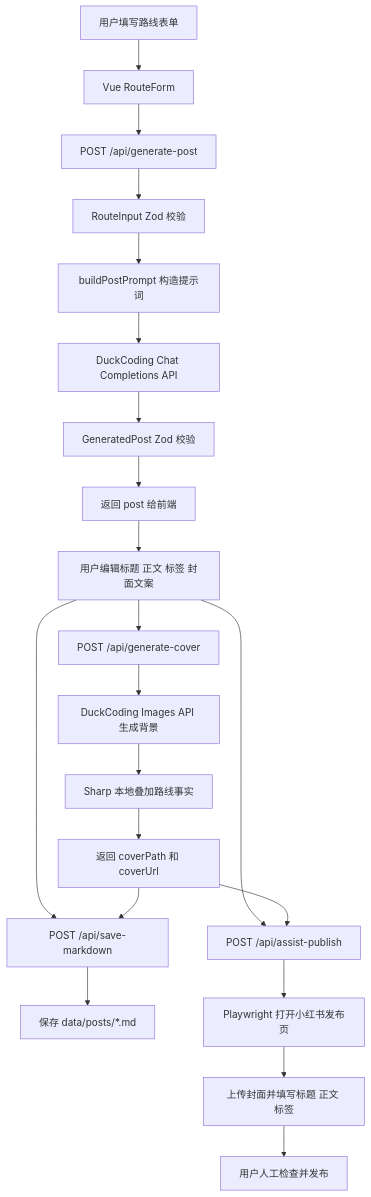
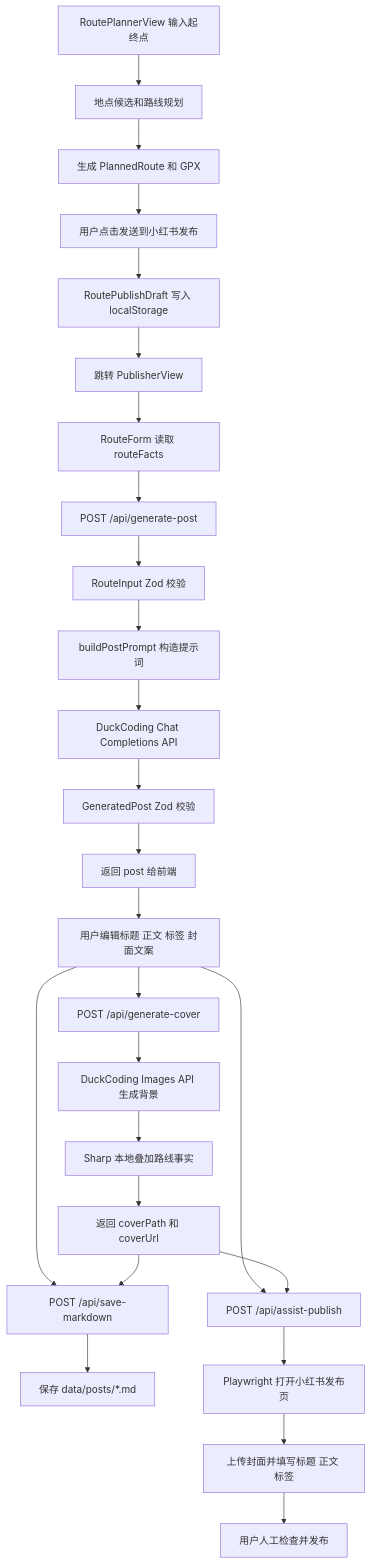
Before and after one commit to BeenBeenBeen/cycling-route: the first of 3 diagrams in docs/architecture-redesign-v2.0.md, drawn with Mermaid. The commit also changed other lines of this file and 2 other files, not shown here.

````diff
--- a/docs/architecture-redesign-v2.0.md
+++ b/docs/architecture-redesign-v2.0.md
@@ -146,23 +166,28 @@
 ```mermaid
 flowchart TD
-  A[用户填写路线表单] --> B[Vue RouteForm]
-  B --> C[POST /api/generate-post]
-  C --> D[RouteInput Zod 校验]
-  D --> E[buildPostPrompt 构造提示词]
-  E --> F[DuckCoding Chat Completions API]
-  F --> G[GeneratedPost Zod 校验]
-  G --> H[返回 post 给前端]
-  H --> I[用户编辑标题 正文 标签 封面文案]
-  I --> J[POST /api/generate-cover]
-  J --> K[DuckCoding Images API 生成背景]
-  K --> L[Sharp 本地叠加路线事实]
-  L --> M[返回 coverPath 和 coverUrl]
-  I --> N[POST /api/save-markdown]
-  M --> N
-  N --> O[保存 data/posts/*.md]
-  I --> P[POST /api/assist-publish]
-  M --> P
-  P --> Q[Playwright 打开小红书发布页]
-  Q --> R[上传封面并填写标题 正文 标签]
-  R --> S[用户人工检查并发布]
+  A[RoutePlannerView 输入起终点] --> B[地点候选和路线规划]
+  B --> C[生成 PlannedRoute 和 GPX]
+  C --> D[用户点击发送到小红书发布]
+  D --> E[RoutePublishDraft 写入 localStorage]
+  E --> F[跳转 PublisherView]
+  F --> G[RouteForm 读取 routeFacts]
+  G --> H[POST /api/generate-post]
+  H --> I[RouteInput Zod 校验]
+  I --> J[buildPostPrompt 构造提示词]
+  J --> K[DuckCoding Chat Completions API]
+  K --> L[GeneratedPost Zod 校验]
+  L --> M[返回 post 给前端]
+  M --> N[用户编辑标题 正文 标签 封面文案]
+  N --> O[POST /api/generate-cover]
+  O --> P[DuckCoding Images API 生成背景]
+  P --> Q[Sharp 本地叠加路线事实]
+  Q --> R[返回 coverPath 和 coverUrl]
+  N --> S[POST /api/save-markdown]
+  R --> S
+  S --> T[保存 data/posts/*.md]
+  N --> U[POST /api/assist-publish]
+  R --> U
+  U --> V[Playwright 打开小红书发布页]
+  V --> W[上传封面并填写标题 正文 标签]
+  W --> X[用户人工检查并发布]
 ```
````
